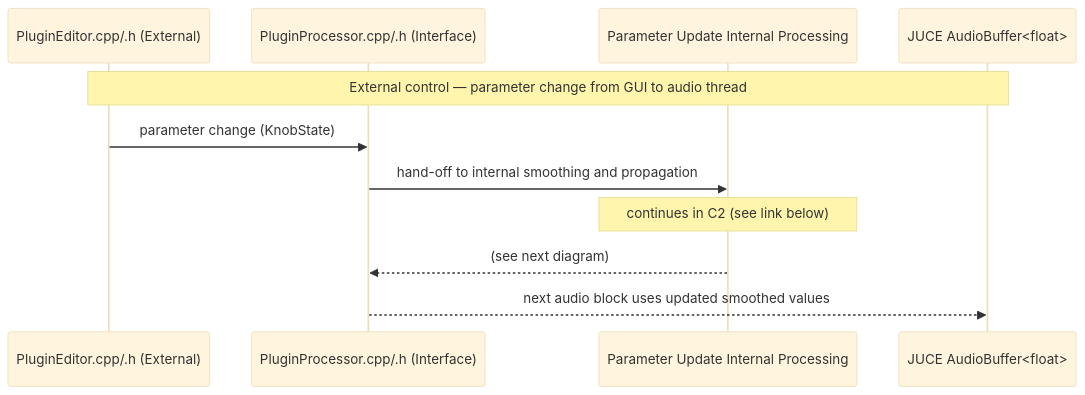
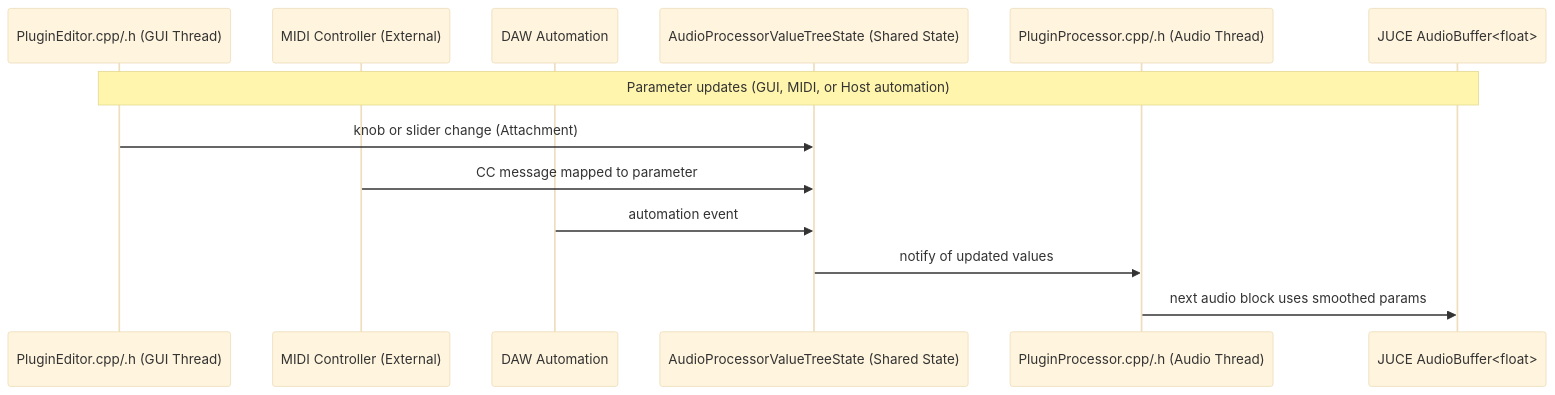
Before and after one commit to TYLERSFOSTER/MIDIControl001: the fifth of 6 diagrams in docs/architecture.md, drawn with Mermaid (base theme). The commit also changed other lines of this file, not shown here.

Commit message:
plugin design

````diff
--- a/docs/architecture.md
+++ b/docs/architecture.md
@@ -125,14 +157,16 @@
 ```mermaid
 sequenceDiagram
-participant GUI as PluginEditor.cpp/.h (External)
-participant PluginProcessor as PluginProcessor.cpp/.h (Interface)
-participant Ref as Parameter Update Internal Processing
+participant GUI as PluginEditor.cpp/.h (GUI Thread)
+participant MIDI as MIDI Controller (External)
+participant Host as DAW Automation
+participant APVTS as AudioProcessorValueTreeState (Shared State)
+participant PluginProcessor as PluginProcessor.cpp/.h (Audio Thread)
 participant Buffer as JUCE AudioBuffer<float>
 
-Note over GUI,Buffer: External control — parameter change from GUI to audio thread
-GUI->>PluginProcessor: parameter change (KnobState)
-PluginProcessor->>Ref: hand-off to internal smoothing and propagation
-Note over Ref: continues in C2 (see link below)
-Ref-->>PluginProcessor: (see next diagram)
-PluginProcessor-->>Buffer: next audio block uses updated smoothed values
+Note over GUI,Buffer: Parameter updates (GUI, MIDI, or Host automation)
+GUI->>APVTS: knob or slider change (Attachment)
+MIDI->>APVTS: CC message mapped to parameter
+Host->>APVTS: automation event
+APVTS->>PluginProcessor: notify of updated values
+PluginProcessor->>Buffer: next audio block uses smoothed params
 ```
````
